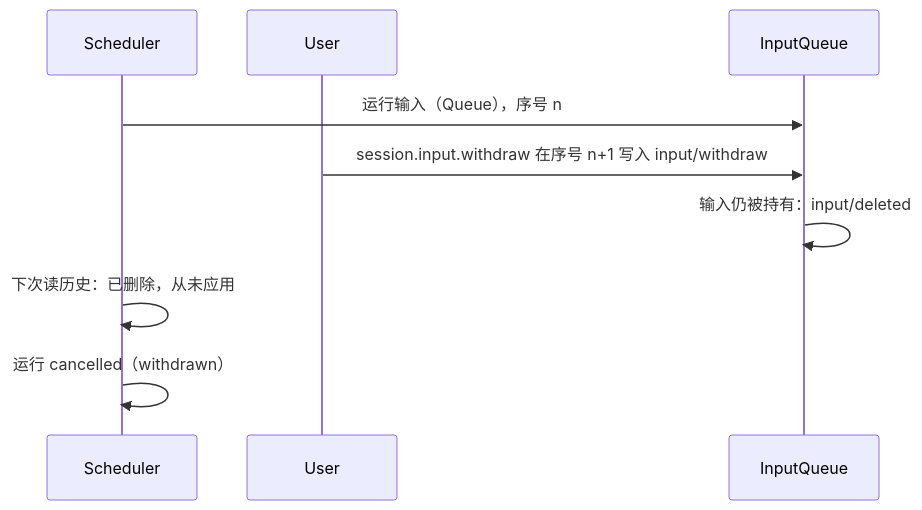
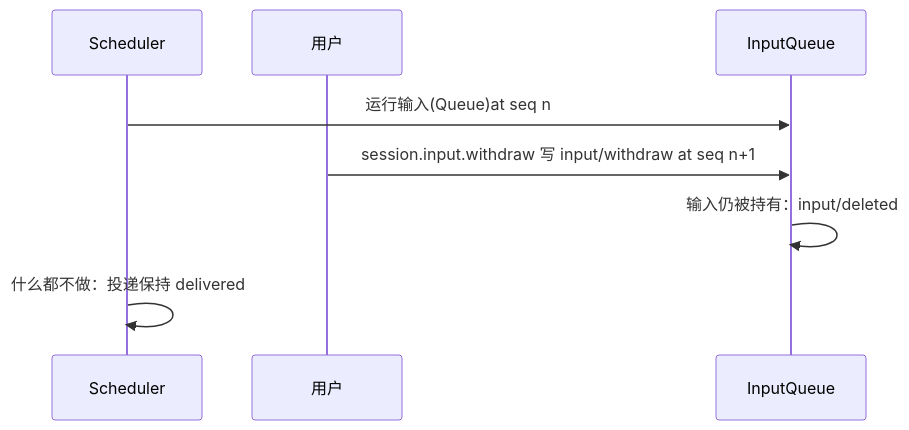
The fifth of 5 diagrams in docs/zh/design/plugins/Scheduler.md (CoutinhoTTS/dim-agent), drawn with Mermaid before and after one commit. The commit also changed other lines of this file and 5 other files, not shown here.

````diff
--- a/docs/zh/design/plugins/Scheduler.md
+++ b/docs/zh/design/plugins/Scheduler.md
@@ -305,11 +241,10 @@
 ```mermaid
 sequenceDiagram
   participant S as Scheduler
-  participant U as User
+  participant U as 用户
   participant IQ as InputQueue
-  S->>IQ: 运行输入（Queue），序号 n
-  U->>IQ: session.input.withdraw 在序号 n+1 写入 input/withdraw
+  S->>IQ: 运行输入(Queue)at seq n
+  U->>IQ: session.input.withdraw 写 input/withdraw at seq n+1
   IQ->>IQ: 输入仍被持有：input/deleted
-  S->>S: 下次读历史：已删除，从未应用
-  S->>S: 运行 cancelled（withdrawn）
+  S->>S: 什么都不做：投递保持 delivered
 ```
````
